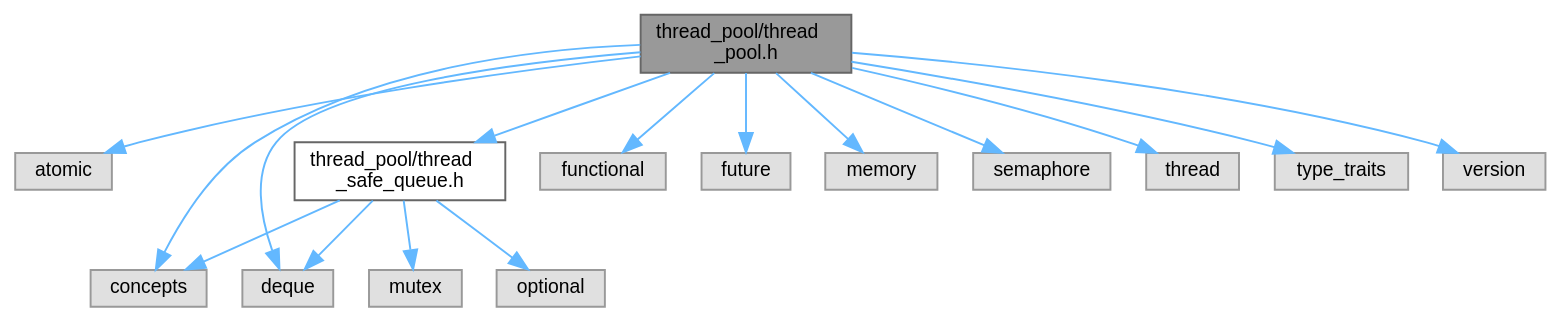
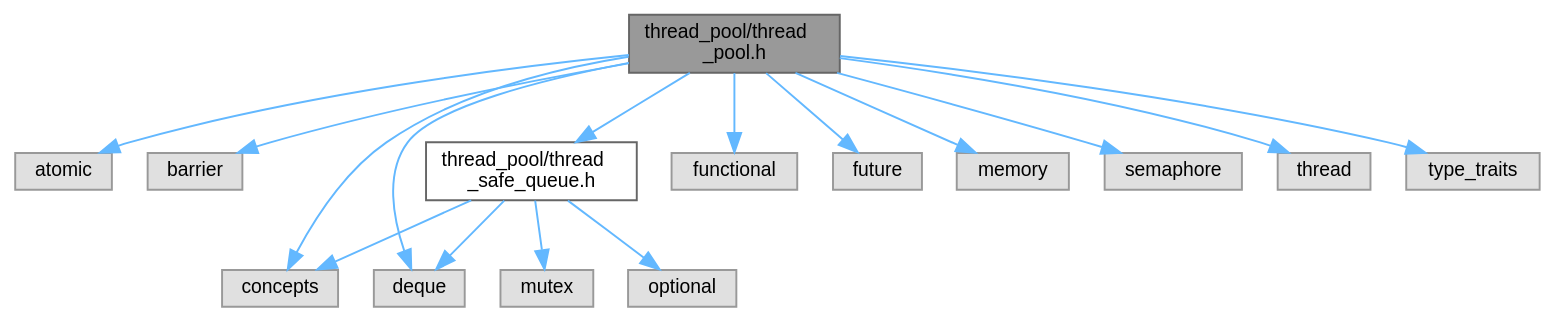
Before and after one commit to DeveloperPaul123/thread-pool: the diagram in d1/db4/thread__pool_8h__incl.dot, drawn with Graphviz. The commit also changed 42 other files, not shown here.

```diff
--- a/d1/db4/thread__pool_8h__incl.dot
+++ b/d1/db4/thread__pool_8h__incl.dot
@@ -1,36 +1,36 @@
 digraph "thread_pool/thread_pool.h"
 {
  // LATEX_PDF_SIZE
   bgcolor="transparent";
   edge [fontname=Helvetica,fontsize=10,labelfontname=Helvetica,labelfontsize=10];
   node [fontname=Helvetica,fontsize=10,shape=box,height=0.2,width=0.4];
   Node1 [label="thread_pool/thread\l_pool.h",height=0.2,width=0.4,color="gray40", fillcolor="grey60", style="filled", fontcolor="black",tooltip=" "];
   Node1 -> Node2 [color="steelblue1",style="solid"];
   Node2 [label="atomic",height=0.2,width=0.4,color="grey60", fillcolor="#E0E0E0", style="filled",tooltip=" "];
   Node1 -> Node3 [color="steelblue1",style="solid"];
-  Node3 [label="concepts",height=0.2,width=0.4,color="grey60", fillcolor="#E0E0E0", style="filled",tooltip=" "];
+  Node3 [label="barrier",height=0.2,width=0.4,color="grey60", fillcolor="#E0E0E0", style="filled",tooltip=" "];
   Node1 -> Node4 [color="steelblue1",style="solid"];
-  Node4 [label="deque",height=0.2,width=0.4,color="grey60", fillcolor="#E0E0E0", style="filled",tooltip=" "];
+  Node4 [label="concepts",height=0.2,width=0.4,color="grey60", fillcolor="#E0E0E0", style="filled",tooltip=" "];
   Node1 -> Node5 [color="steelblue1",style="solid"];
-  Node5 [label="functional",height=0.2,width=0.4,color="grey60", fillcolor="#E0E0E0", style="filled",tooltip=" "];
+  Node5 [label="deque",height=0.2,width=0.4,color="grey60", fillcolor="#E0E0E0", style="filled",tooltip=" "];
   Node1 -> Node6 [color="steelblue1",style="solid"];
-  Node6 [label="future",height=0.2,width=0.4,color="grey60", fillcolor="#E0E0E0", style="filled",tooltip=" "];
+  Node6 [label="functional",height=0.2,width=0.4,color="grey60", fillcolor="#E0E0E0", style="filled",tooltip=" "];
   Node1 -> Node7 [color="steelblue1",style="solid"];
-  Node7 [label="memory",height=0.2,width=0.4,color="grey60", fillcolor="#E0E0E0", style="filled",tooltip=" "];
+  Node7 [label="future",height=0.2,width=0.4,color="grey60", fillcolor="#E0E0E0", style="filled",tooltip=" "];
   Node1 -> Node8 [color="steelblue1",style="solid"];
-  Node8 [label="semaphore",height=0.2,width=0.4,color="grey60", fillcolor="#E0E0E0", style="filled",tooltip=" "];
+  Node8 [label="memory",height=0.2,width=0.4,color="grey60", fillcolor="#E0E0E0", style="filled",tooltip=" "];
   Node1 -> Node9 [color="steelblue1",style="solid"];
-  Node9 [label="thread",height=0.2,width=0.4,color="grey60", fillcolor="#E0E0E0", style="filled",tooltip=" "];
+  Node9 [label="semaphore",height=0.2,width=0.4,color="grey60", fillcolor="#E0E0E0", style="filled",tooltip=" "];
   Node1 -> Node10 [color="steelblue1",style="solid"];
-  Node10 [label="type_traits",height=0.2,width=0.4,color="grey60", fillcolor="#E0E0E0", style="filled",tooltip=" "];
+  Node10 [label="thread",height=0.2,width=0.4,color="grey60", fillcolor="#E0E0E0", style="filled",tooltip=" "];
   Node1 -> Node11 [color="steelblue1",style="solid"];
-  Node11 [label="version",height=0.2,width=0.4,color="grey60", fillcolor="#E0E0E0", style="filled",tooltip=" "];
+  Node11 [label="type_traits",height=0.2,width=0.4,color="grey60", fillcolor="#E0E0E0", style="filled",tooltip=" "];
   Node1 -> Node12 [color="steelblue1",style="solid"];
   Node12 [label="thread_pool/thread\l_safe_queue.h",height=0.2,width=0.4,color="grey40", fillcolor="white", style="filled",URL="$dd/df9/thread__safe__queue_8h.html",tooltip=" "];
-  Node12 -> Node3 [color="steelblue1",style="solid"];
   Node12 -> Node4 [color="steelblue1",style="solid"];
+  Node12 -> Node5 [color="steelblue1",style="solid"];
   Node12 -> Node13 [color="steelblue1",style="solid"];
   Node13 [label="mutex",height=0.2,width=0.4,color="grey60", fillcolor="#E0E0E0", style="filled",tooltip=" "];
   Node12 -> Node14 [color="steelblue1",style="solid"];
   Node14 [label="optional",height=0.2,width=0.4,color="grey60", fillcolor="#E0E0E0", style="filled",tooltip=" "];
 }
```
